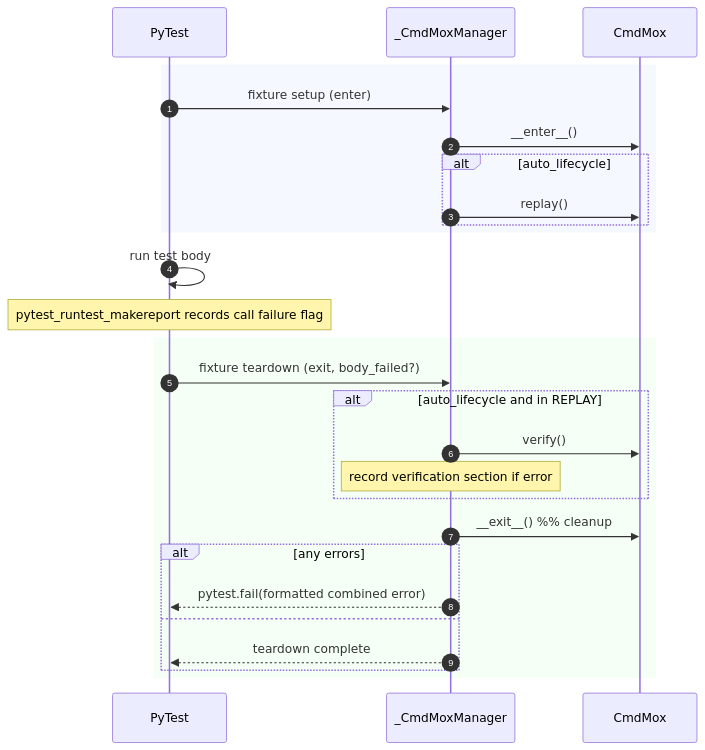
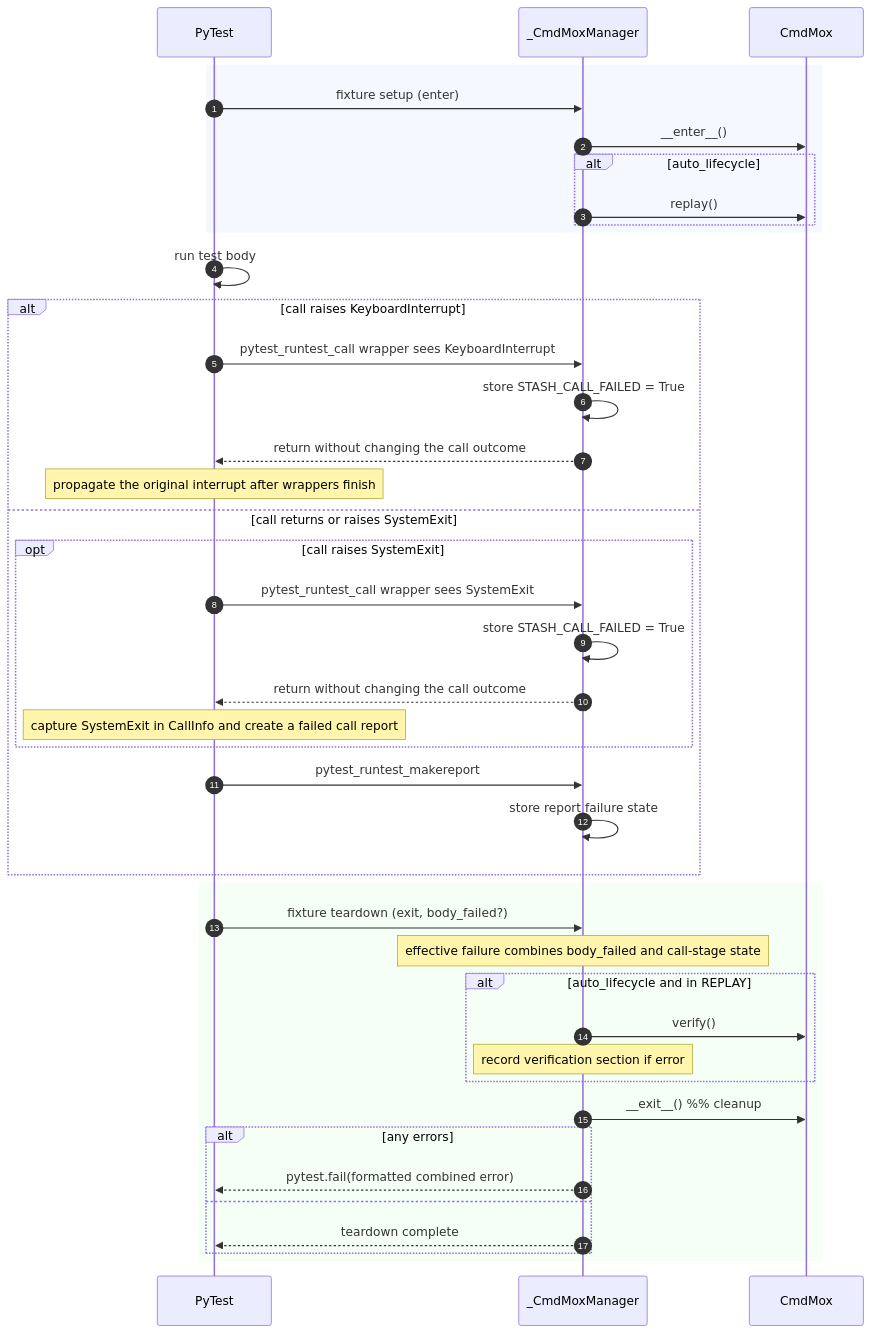
The second of 30 diagrams in docs/python-native-command-mocking-design.md (leynos/cmd-mox), drawn with Mermaid before and after one commit. The commit also changed other lines of this file and 5 other files, not shown here.

````diff
--- a/docs/python-native-command-mocking-design.md
+++ b/docs/python-native-command-mocking-design.md
@@ -399,32 +399,47 @@
 ```mermaid
 sequenceDiagram
   autonumber
   participant PyTest as PyTest
   participant Plugin as _CmdMoxManager
   participant Mox as CmdMox
 
   rect rgb(245,248,255)
     PyTest->>Plugin: fixture setup (enter)
     Plugin->>Mox: __enter__()
     alt auto_lifecycle
       Plugin->>Mox: replay()
     end
   end
 
   PyTest->>PyTest: run test body
-  note over PyTest: pytest_runtest_makereport records call failure flag
+  alt call raises KeyboardInterrupt
+    PyTest->>Plugin: pytest_runtest_call wrapper sees KeyboardInterrupt
+    Plugin->>Plugin: store STASH_CALL_FAILED = True
+    Plugin-->>PyTest: return without changing the call outcome
+    Note over PyTest: propagate the original interrupt after wrappers finish
+  else call returns or raises SystemExit
+    opt call raises SystemExit
+      PyTest->>Plugin: pytest_runtest_call wrapper sees SystemExit
+      Plugin->>Plugin: store STASH_CALL_FAILED = True
+      Plugin-->>PyTest: return without changing the call outcome
+      Note over PyTest: capture SystemExit in CallInfo and create a failed call report
+    end
+    PyTest->>Plugin: pytest_runtest_makereport
+    Plugin->>Plugin: store report failure state
+  end
 
   rect rgb(245,255,245)
     PyTest->>Plugin: fixture teardown (exit, body_failed?)
+    Note over Plugin: effective failure combines body_failed and call-stage state
     alt auto_lifecycle and in REPLAY
       Plugin->>Mox: verify()
       note over Plugin: record verification section if error
     end
     Plugin->>Mox: __exit__()  %% cleanup
     alt any errors
       Plugin-->>PyTest: pytest.fail(formatted combined error)
     else
       Plugin-->>PyTest: teardown complete
     end
   end
 ```
````
